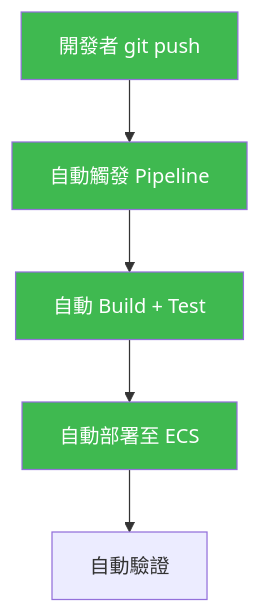
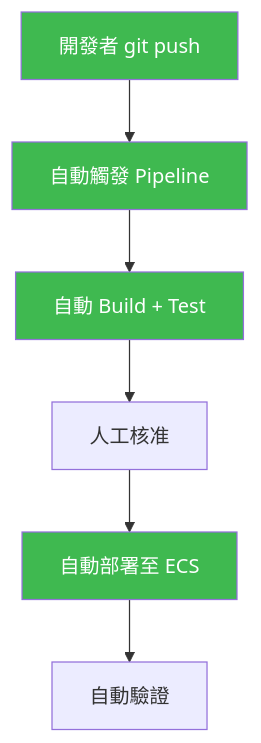
The second of 2 diagrams in content/cicd-pipeline-with-codepipeline/01-concepts/_index.md (KatLantyss/ecv-aws-workshop), drawn with Mermaid before and after one commit. The commit also changed other lines of this file and 3 other files, not shown here.

````diff
--- a/content/cicd-pipeline-with-codepipeline/01-concepts/_index.md
+++ b/content/cicd-pipeline-with-codepipeline/01-concepts/_index.md
@@ -48,11 +48,12 @@
 ```mermaid
 graph TD
     A[開發者 git push] --> B[自動觸發 Pipeline]
     B --> C[自動 Build + Test]
-    C --> E[自動部署至 ECS]
+    C --> D[人工核准]
+    D --> E[自動部署至 ECS]
     E --> F[自動驗證]
     style A fill:#3fb950,color:#fff
     style B fill:#3fb950,color:#fff
     style C fill:#3fb950,color:#fff
     style E fill:#3fb950,color:#fff
 ```
````
